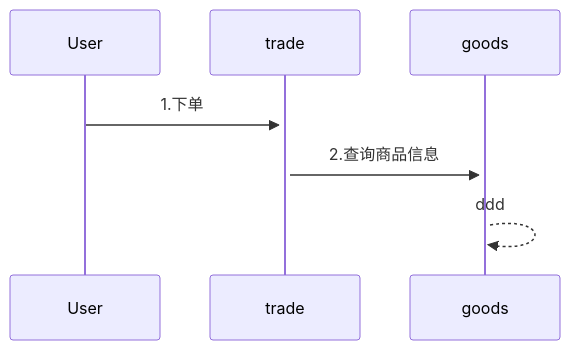
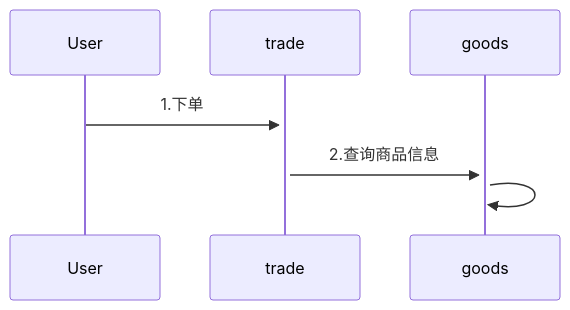
The diagram in all/未命名-6.md (yingjianzh/iodraw-files), drawn with Mermaid before and after one commit.

Commit message:
2024-08-19 15:01:20 update

````diff
--- a/all/未命名-6.md
+++ b/all/未命名-6.md
@@ -1,6 +1,6 @@
 ```mermaid
 sequenceDiagram
     User->>+trade: 1.下单
     trade->>+goods: 2.查询商品信息
-    goods-->>+goods: ddd
+    goods->>goods: 
 ```
````
